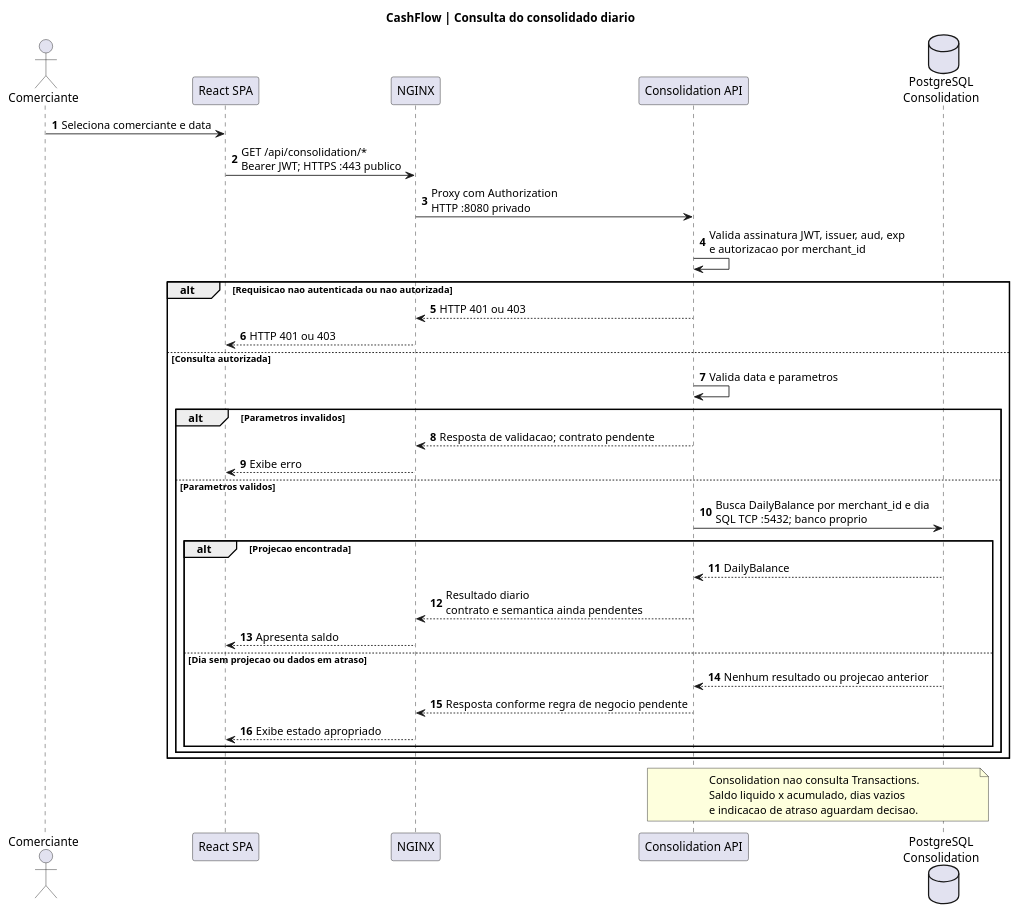
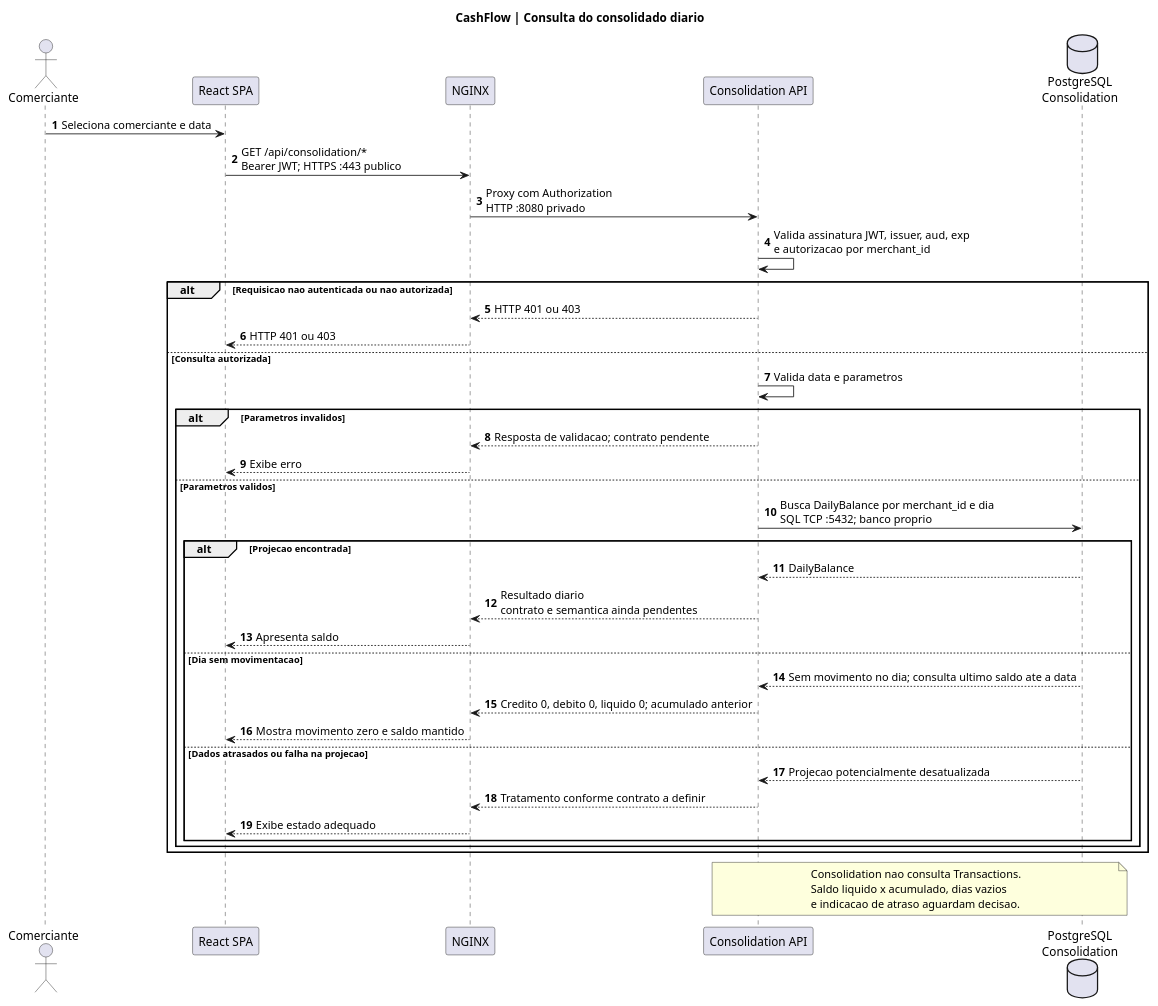
Before and after one commit to wolwerr/CashFlow-Architecture: the diagram in docs/architecture/plantuml/sequence-query.puml, drawn with PlantUML.

Commit message:
docs(domain): decide carry-forward on days without transactions (RN-09)

```diff
--- a/docs/architecture/plantuml/sequence-query.puml
+++ b/docs/architecture/plantuml/sequence-query.puml
@@ -1,40 +1,44 @@
 @startuml CashFlow_Query
 title CashFlow | Consulta do consolidado diario
 autonumber
 actor Comerciante as U
 participant "React SPA" as W
 participant "NGINX" as G
 participant "Consolidation API" as C
 database "PostgreSQL\nConsolidation" as DB
 
 U -> W: Seleciona comerciante e data
 W -> G: GET /api/consolidation/*\nBearer JWT; HTTPS :443 publico
 G -> C: Proxy com Authorization\nHTTP :8080 privado
 C -> C: Valida assinatura JWT, issuer, aud, exp\ne autorizacao por merchant_id
 alt Requisicao nao autenticada ou nao autorizada
   C --> G: HTTP 401 ou 403
   G --> W: HTTP 401 ou 403
 else Consulta autorizada
   C -> C: Valida data e parametros
   alt Parametros invalidos
     C --> G: Resposta de validacao; contrato pendente
     G --> W: Exibe erro
   else Parametros validos
     C -> DB: Busca DailyBalance por merchant_id e dia\nSQL TCP :5432; banco proprio
     alt Projecao encontrada
       DB --> C: DailyBalance
       C --> G: Resultado diario\ncontrato e semantica ainda pendentes
       G --> W: Apresenta saldo
-    else Dia sem projecao ou dados em atraso
-      DB --> C: Nenhum resultado ou projecao anterior
-      C --> G: Resposta conforme regra de negocio pendente
-      G --> W: Exibe estado apropriado
+    else Dia sem movimentacao
+      DB --> C: Sem movimento no dia; consulta ultimo saldo ate a data
+      C --> G: Credito 0, debito 0, liquido 0; acumulado anterior
+      G --> W: Mostra movimento zero e saldo mantido
+    else Dados atrasados ou falha na projecao
+      DB --> C: Projecao potencialmente desatualizada
+      C --> G: Tratamento conforme contrato a definir
+      G --> W: Exibe estado adequado
     end
   end
 end
 note over C,DB
 Consolidation nao consulta Transactions.
 Saldo liquido x acumulado, dias vazios
 e indicacao de atraso aguardam decisao.
 end note
 @enduml
```
